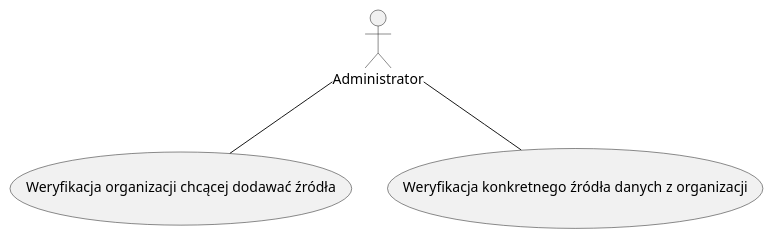
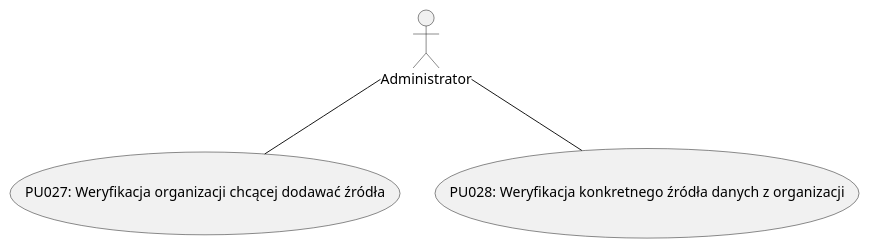
The diagram in dokumentacja/specyfikacja.wymagan/4.wymagania.uzytkownika/4.1.wymagania.funkcjonalne/PU0003.puml (falkowp/IWO25L), drawn with PlantUML before and after one commit. The commit also changed 13 other files, not shown here.

```diff
--- a/dokumentacja/specyfikacja.wymagan/4.wymagania.uzytkownika/4.1.wymagania.funkcjonalne/PU0003.puml
+++ b/dokumentacja/specyfikacja.wymagan/4.wymagania.uzytkownika/4.1.wymagania.funkcjonalne/PU0003.puml
@@ -1,11 +1,11 @@
 @startuml Weryfikacja i kontrola dostępu do źródeł
 
 actor "Administrator" as Admin
 
-usecase "Weryfikacja organizacji chcącej dodawać źródła" as UC1
-usecase "Weryfikacja konkretnego źródła danych z organizacji" as UC2
+usecase "PU027: Weryfikacja organizacji chcącej dodawać źródła" as UC1
+usecase "PU028: Weryfikacja konkretnego źródła danych z organizacji" as UC2
 
 Admin -- UC1
 Admin -- UC2
 
 @enduml
```
